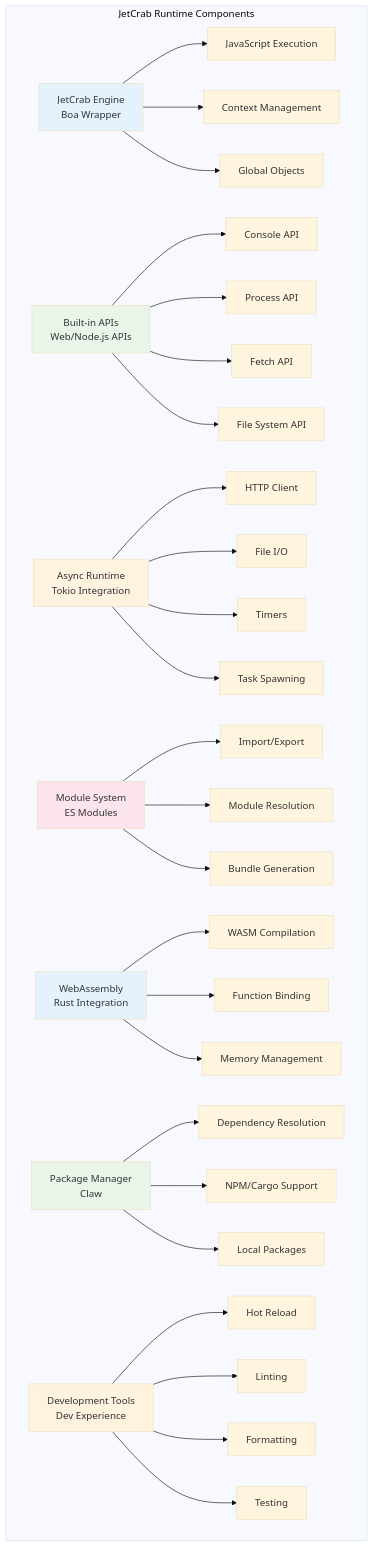
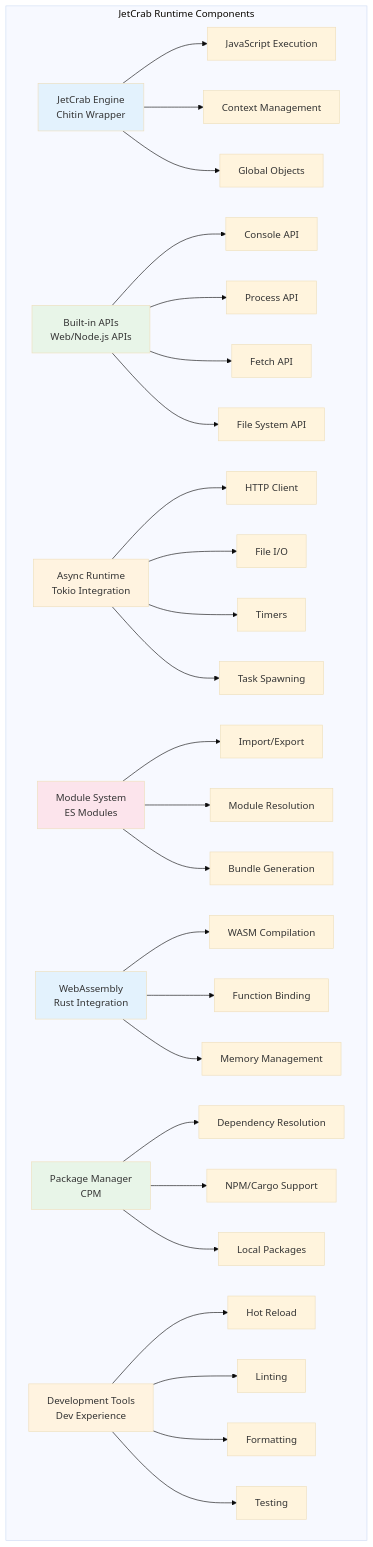
The third of 3 diagrams in docs/architecture/engine-overview.md (JetCrabCollab/JetCrab), drawn with Mermaid (base theme) before and after one commit. The commit also changed other lines of this file and 77 other files, not shown here.

Commit message:
Refactor project to remove Claw package manager and integrate CPM. Updated dependencies in Cargo.toml, modified Dockerfile for streamlined builds, and revised README and example scripts to reflect changes. Enhanced easter egg animations and adjusted CI workflows for improved testing and packaging.

````diff
--- a/docs/architecture/engine-overview.md
+++ b/docs/architecture/engine-overview.md
@@ -110,43 +110,43 @@
 ```mermaid
 graph TB
     subgraph "JetCrab Runtime Components"
-        A[JetCrab Engine<br/>Boa Wrapper] --> A1[JavaScript Execution]
+        A[JetCrab Engine<br/>Chitin Wrapper] --> A1[JavaScript Execution]
         A --> A2[Context Management]
         A --> A3[Global Objects]
         
         B[Built-in APIs<br/>Web/Node.js APIs] --> B1[Console API]
         B --> B2[Process API]
         B --> B3[Fetch API]
         B --> B4[File System API]
         
         C[Async Runtime<br/>Tokio Integration] --> C1[HTTP Client]
         C --> C2[File I/O]
         C --> C3[Timers]
         C --> C4[Task Spawning]
         
         D[Module System<br/>ES Modules] --> D1[Import/Export]
         D --> D2[Module Resolution]
         D --> D3[Bundle Generation]
         
         E[WebAssembly<br/>Rust Integration] --> E1[WASM Compilation]
         E --> E2[Function Binding]
         E --> E3[Memory Management]
         
-        F[Package Manager<br/>Claw] --> F1[Dependency Resolution]
+        F[Package Manager<br/>CPM] --> F1[Dependency Resolution]
         F --> F2[NPM/Cargo Support]
         F --> F3[Local Packages]
         
         G[Development Tools<br/>Dev Experience] --> G1[Hot Reload]
         G --> G2[Linting]
         G --> G3[Formatting]
         G --> G4[Testing]
     end
     
     style A fill:#e3f2fd
     style B fill:#e8f5e8
     style C fill:#fff3e0
     style D fill:#fce4ec
     style E fill:#e3f2fd
     style F fill:#e8f5e8
     style G fill:#fff3e0
 ```
````
